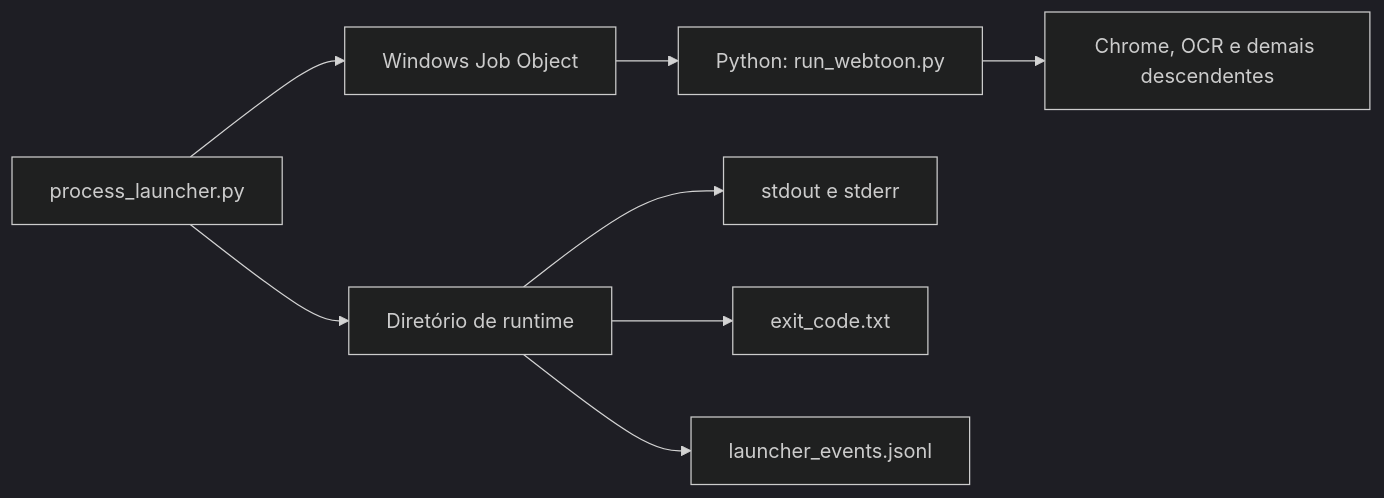
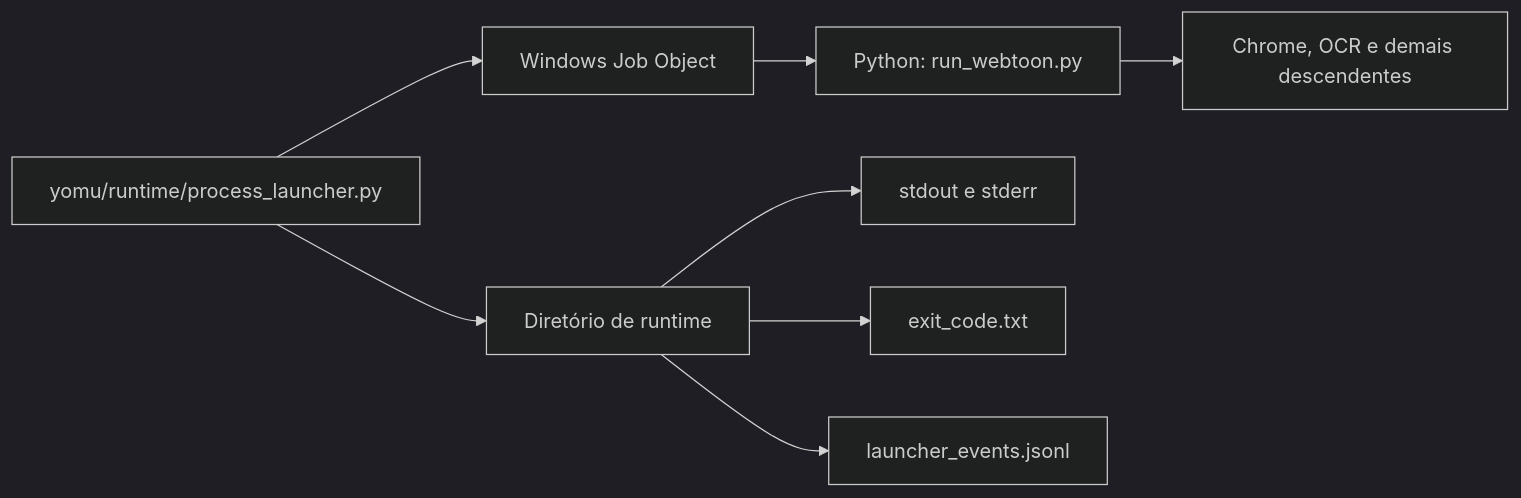
One commit to HenriquePvAr/Yomu-Sekai changed the second of 3 diagrams in docs/ARCHITECTURE.md. Above: the diagram before and after it, drawn with Mermaid (dark theme). The commit also changed other lines of this file and 78 other files, not shown here.

````diff
--- a/docs/ARCHITECTURE.md
+++ b/docs/ARCHITECTURE.md
@@ -104,10 +117,10 @@
 ```mermaid
 flowchart LR
-    L[process_launcher.py] --> J[Windows Job Object]
-    J --> P[Python: run_webtoon.py]
+    L["yomu/runtime/process_launcher.py"] --> J[Windows Job Object]
+    J --> P["Python: run_webtoon.py"]
     P --> D[Chrome, OCR e demais descendentes]
     L --> R[Diretório de runtime]
     R --> O[stdout e stderr]
     R --> E[exit_code.txt]
     R --> V[launcher_events.jsonl]
 ```
````
